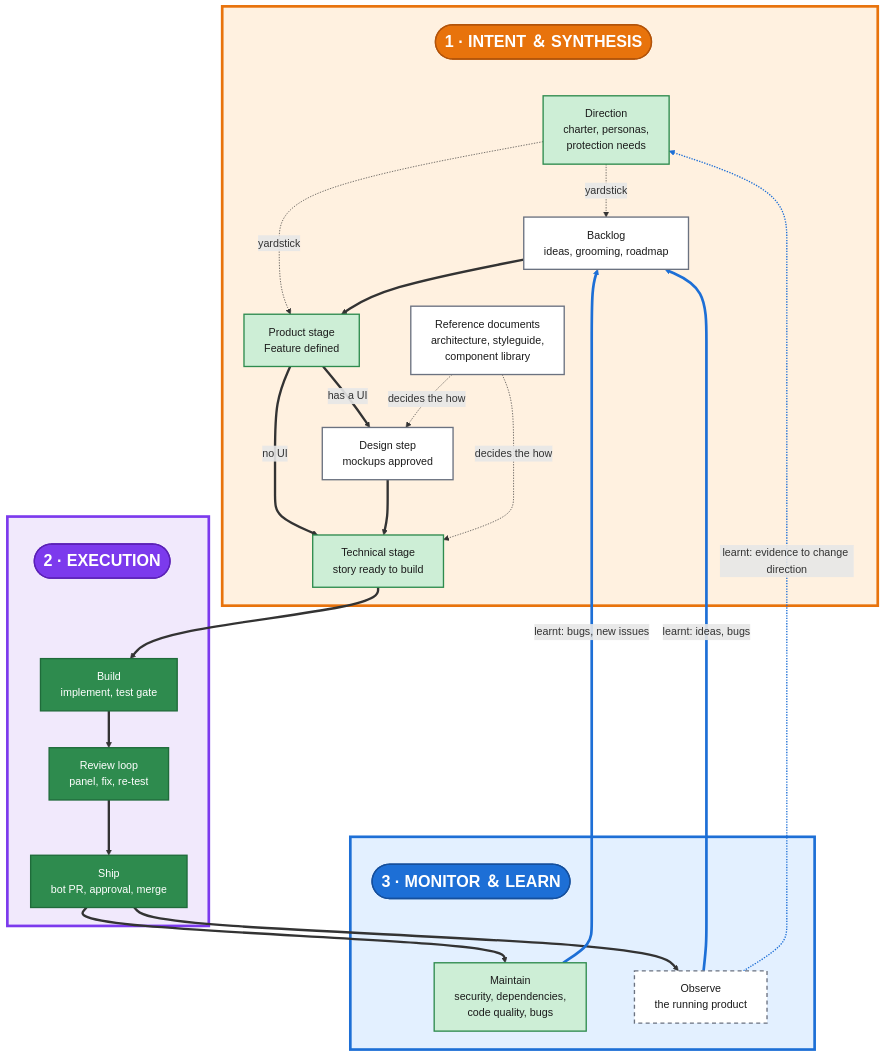
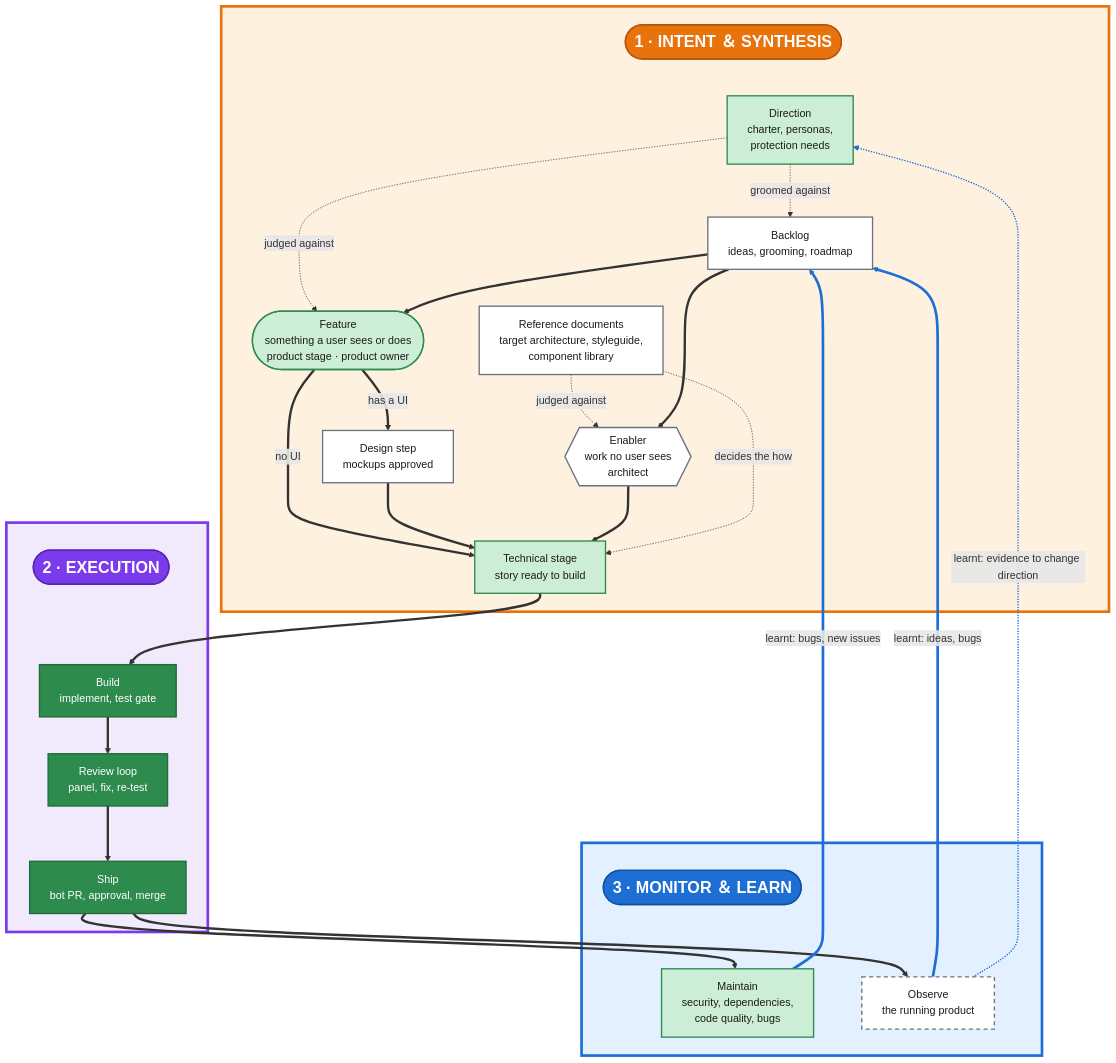
One commit to timo-jakob/timos-claude-code-plugins changed the diagram in docs/explanation/diagrams/delivery-loop.mmd. Above: the diagram before and after it, drawn with Mermaid. The commit also changed 2 other files, not shown here.

Commit message:
docs(explanation): delivery loop — tell Feature and Enabler apart
The first phase now draws two paths out of the backlog, one per type, and
the page gains a section comparing them.

```diff
--- a/docs/explanation/diagrams/delivery-loop.mmd
+++ b/docs/explanation/diagrams/delivery-loop.mmd
@@ -1,58 +1,61 @@
 %%{init: {"flowchart": {"wrappingWidth": 700, "nodeSpacing": 45, "rankSpacing": 55}, "themeCSS": ".phaseIntent text, .phaseIntent tspan, .phaseExec text, .phaseExec tspan, .phaseLearn text, .phaseLearn tspan { font-weight: 700; letter-spacing: 1px; } .edgeLabel text, .edgeLabel tspan { font-size: 13px; }"}}%%
 flowchart TD
     classDef shipped fill:#2e8b4e,stroke:#1f6b3a,stroke-width:2px,color:#ffffff
     classDef partly fill:#cdeed6,stroke:#2e8b4e,stroke-width:2px,color:#1b1b1b
     classDef planned fill:#ffffff,stroke:#6b7280,stroke-width:2px,color:#1b1b1b
     classDef open fill:#ffffff,stroke:#6b7280,stroke-width:2px,color:#1b1b1b,stroke-dasharray:6 5
     classDef phaseIntent fill:#e8730c,stroke:#b3540a,stroke-width:2px,color:#ffffff,font-size:24px,font-weight:bold
     classDef phaseExec fill:#7c3aed,stroke:#5b21b6,stroke-width:2px,color:#ffffff,font-size:24px,font-weight:bold
     classDef phaseLearn fill:#1d6fd6,stroke:#154f9c,stroke-width:2px,color:#ffffff,font-size:24px,font-weight:bold
 
     subgraph INTENT[" "]
         P1(["1 · INTENT ＆ SYNTHESIS"]):::phaseIntent
         DIR["Direction<br/>charter, personas,<br/>protection needs"]:::partly
         BACKLOG["Backlog<br/>ideas, grooming, roadmap"]:::planned
-        DEFINE["Product stage<br/>Feature defined"]:::partly
+        FEATURE(["Feature<br/>something a user sees or does<br/>product stage · product owner"]):::partly
+        ENABLER{{"Enabler<br/>work no user sees<br/>architect"}}:::planned
         DESIGN["Design step<br/>mockups approved"]:::planned
-        REFDOC["Reference documents<br/>architecture, styleguide,<br/>component library"]:::planned
+        REFDOC["Reference documents<br/>target architecture, styleguide,<br/>component library"]:::planned
         READY["Technical stage<br/>story ready to build"]:::partly
     end
 
     subgraph EXEC[" "]
         P2(["2 · EXECUTION"]):::phaseExec
         BUILD["Build<br/>implement, test gate"]:::shipped
         REVIEW["Review loop<br/>panel, fix, re-test"]:::shipped
         SHIP["Ship<br/>bot PR, approval, merge"]:::shipped
     end
 
     subgraph LEARN[" "]
         P3(["3 · MONITOR ＆ LEARN"]):::phaseLearn
         MAINT["Maintain<br/>security, dependencies,<br/>code quality, bugs"]:::partly
         OBSERVE["Observe<br/>the running product"]:::open
     end
 
     P1 ~~~ DIR
     P1 ~~~ REFDOC
     P2 ~~~ BUILD
     P3 ~~~ MAINT
     P3 ~~~ OBSERVE
-    DIR -. yardstick .-> BACKLOG
-    DIR -. yardstick .-> DEFINE
-    BACKLOG ==> DEFINE
-    DEFINE == "has a UI" ==> DESIGN
-    DEFINE == "no UI" ==> READY
+    DIR -. "groomed against" .-> BACKLOG
+    DIR -. "judged against" .-> FEATURE
+    REFDOC -. "judged against" .-> ENABLER
+    BACKLOG ==> FEATURE
+    BACKLOG ==> ENABLER
+    FEATURE == "has a UI" ==> DESIGN
+    FEATURE == "no UI" ==> READY
     DESIGN ==> READY
-    REFDOC -. "decides the how" .-> DESIGN
+    ENABLER ==> READY
     REFDOC -. "decides the how" .-> READY
     READY ==> BUILD ==> REVIEW ==> SHIP
     SHIP ==> MAINT
     SHIP ==> OBSERVE
     MAINT == "learnt: bugs, new issues" ==> BACKLOG
     OBSERVE == "learnt: ideas, bugs" ==> BACKLOG
     OBSERVE -. "learnt: evidence to change direction" .-> DIR
 
     style INTENT fill:#fff1e0,stroke:#e8730c,stroke-width:4px,color:#b3540a
     style EXEC fill:#f1e9fc,stroke:#7c3aed,stroke-width:4px,color:#5b21b6
     style LEARN fill:#e3f0ff,stroke:#1d6fd6,stroke-width:4px,color:#154f9c
-    linkStyle 18,19 stroke:#1d6fd6,stroke-width:4px
-    linkStyle 20 stroke:#1d6fd6,stroke-width:2px
+    linkStyle 20,21 stroke:#1d6fd6,stroke-width:4px
+    linkStyle 22 stroke:#1d6fd6,stroke-width:2px
```
